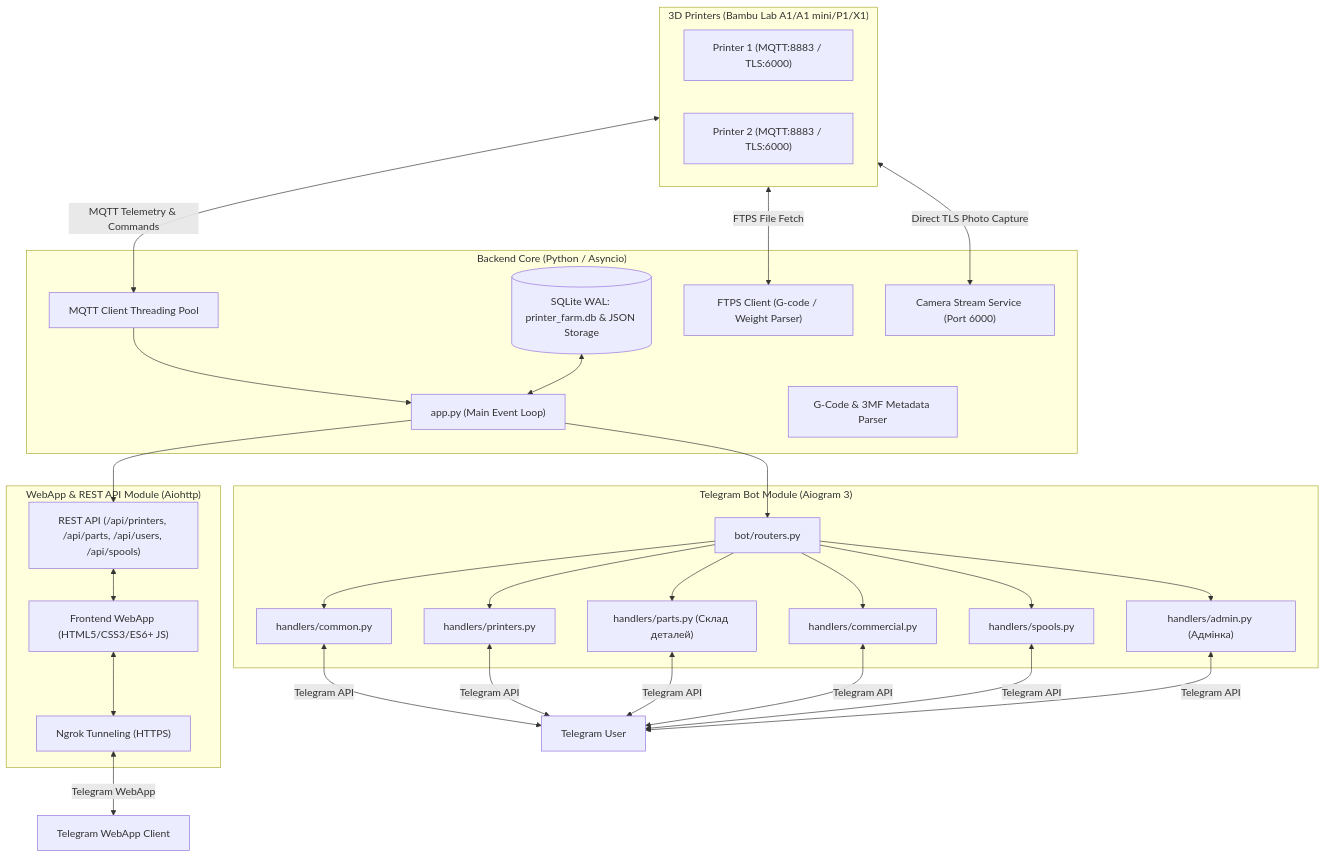
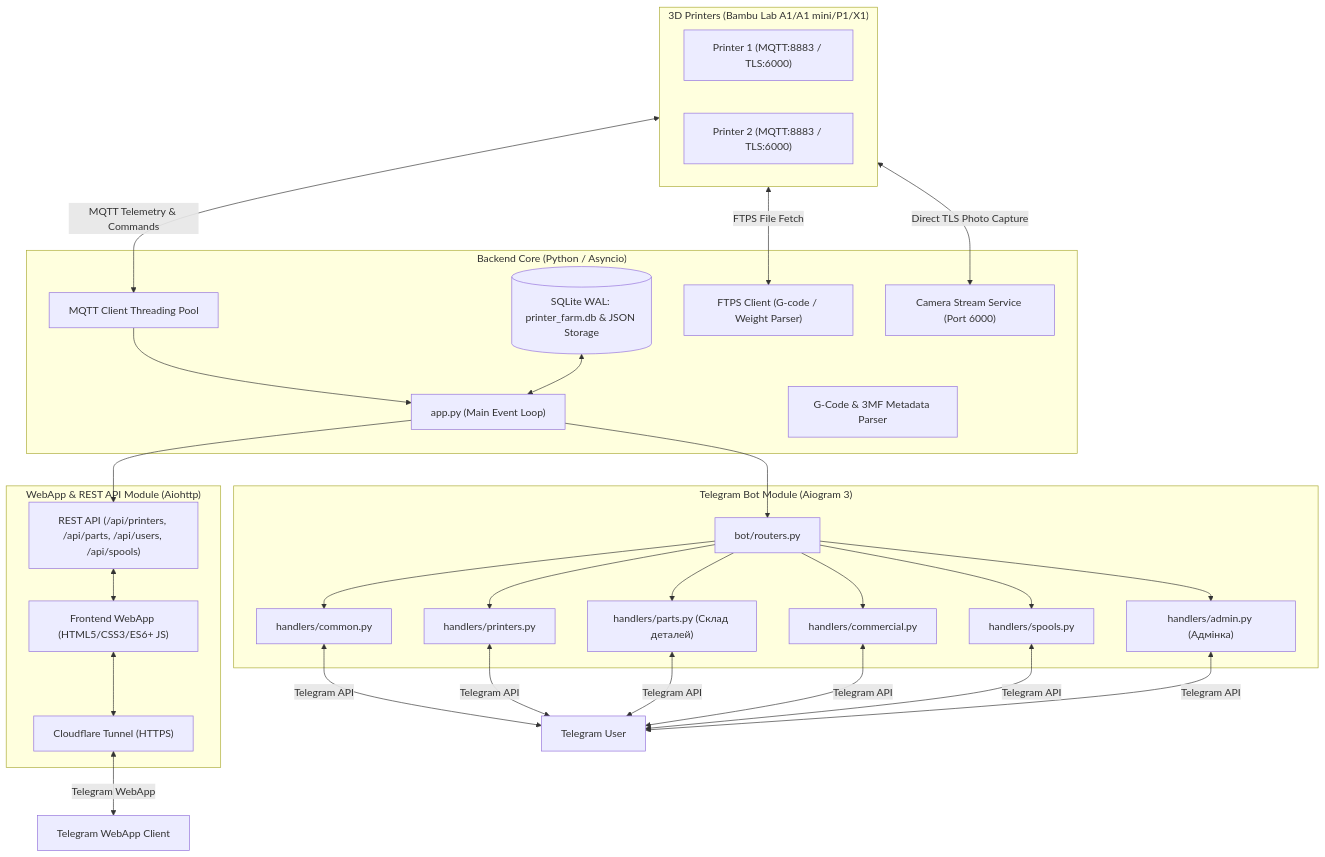
One commit to Badger4/tgBOT3dDprinters changed the diagram in docs/ARCHITECTURE_AND_FEATURES.md. Above: the diagram before and after it, drawn with Mermaid. The commit also changed other lines of this file and 35 other files, not shown here.

Commit message:
Fix auth bypass and migrate tunnel to Cloudflare

````diff
--- a/docs/ARCHITECTURE_AND_FEATURES.md
+++ b/docs/ARCHITECTURE_AND_FEATURES.md
@@ -11,47 +11,47 @@
 ```mermaid
 flowchart TD
     subgraph Hardware ["3D Printers (Bambu Lab A1/A1 mini/P1/X1)"]
         P1["Printer 1 (MQTT:8883 / TLS:6000)"]
         P2["Printer 2 (MQTT:8883 / TLS:6000)"]
     end
 
     subgraph Backend ["Backend Core (Python / Asyncio)"]
         APP["app.py (Main Event Loop)"]
         DB[("SQLite WAL: printer_farm.db & JSON Storage")]
         MQTT["MQTT Client Threading Pool"]
         FTPS["FTPS Client (G-code / Weight Parser)"]
         CAM["Camera Stream Service (Port 6000)"]
         GCODE["G-Code & 3MF Metadata Parser"]
     end
 
     subgraph Bot ["Telegram Bot Module (Aiogram 3)"]
         ROUTERS["bot/routers.py"]
         H_COMMON["handlers/common.py"]
         H_PRINTER["handlers/printers.py"]
         H_PARTS["handlers/parts.py (Склад деталей)"]
         H_COMMERCIAL["handlers/commercial.py"]
         H_SPOOLS["handlers/spools.py"]
         H_ADMIN["handlers/admin.py (Адмінка)"]
     end
 
     subgraph Web ["WebApp & REST API Module (Aiohttp)"]
         API["REST API (/api/printers, /api/parts, /api/users, /api/spools)"]
         STATIC["Frontend WebApp (HTML5/CSS3/ES6+ JS)"]
-        NGROK["Ngrok Tunneling (HTTPS)"]
+        CF["Cloudflare Tunnel (HTTPS)"]
     end
 
     Hardware <-->|MQTT Telemetry & Commands| MQTT
     Hardware <-->|Direct TLS Photo Capture| CAM
     Hardware <-->|FTPS File Fetch| FTPS
 
     MQTT --> APP
     DB <--> APP
     APP --> ROUTERS
     APP --> API
 
     ROUTERS --> H_COMMON & H_PRINTER & H_PARTS & H_COMMERCIAL & H_SPOOLS & H_ADMIN
     H_COMMON & H_PRINTER & H_PARTS & H_COMMERCIAL & H_SPOOLS & H_ADMIN <-->|Telegram API| TG_USER["Telegram User"]
 
     API <--> STATIC
-    STATIC <--> NGROK <-->|Telegram WebApp| TG_WEB["Telegram WebApp Client"]
+    STATIC <--> CF <-->|Telegram WebApp| TG_WEB["Telegram WebApp Client"]
 ```
````
